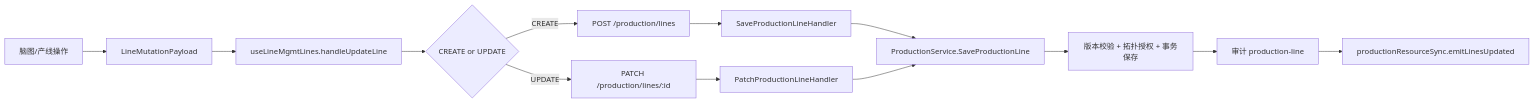
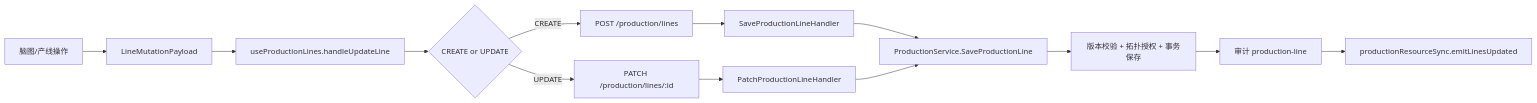
The second of 3 diagrams in docs/architecture/生产架构与委外边界设计.md (tanzanite2025/erp-mes-crm-plm), drawn with Mermaid before and after one commit. The commit also changed other lines of this file and 38 other files, not shown here.

Commit message:
feat: consolidate production line management into mindmap

````diff
--- a/docs/architecture/生产架构与委外边界设计.md
+++ b/docs/architecture/生产架构与委外边界设计.md
@@ -139,15 +139,15 @@
 ```mermaid
 flowchart LR
   A["脑图/产线操作"] --> B["LineMutationPayload"]
-  B --> C["useLineMgmtLines.handleUpdateLine"]
+  B --> C["useProductionLines.handleUpdateLine"]
   C --> D{"CREATE or UPDATE"}
   D -->|CREATE| E["POST /production/lines"]
   D -->|UPDATE| F["PATCH /production/lines/:id"]
   E --> G["SaveProductionLineHandler"]
   F --> H["PatchProductionLineHandler"]
   G --> I["ProductionService.SaveProductionLine"]
   H --> I
   I --> J["版本校验 + 拓扑授权 + 事务保存"]
   J --> K["审计 production-line"]
   K --> L["productionResourceSync.emitLinesUpdated"]
 ```
````
